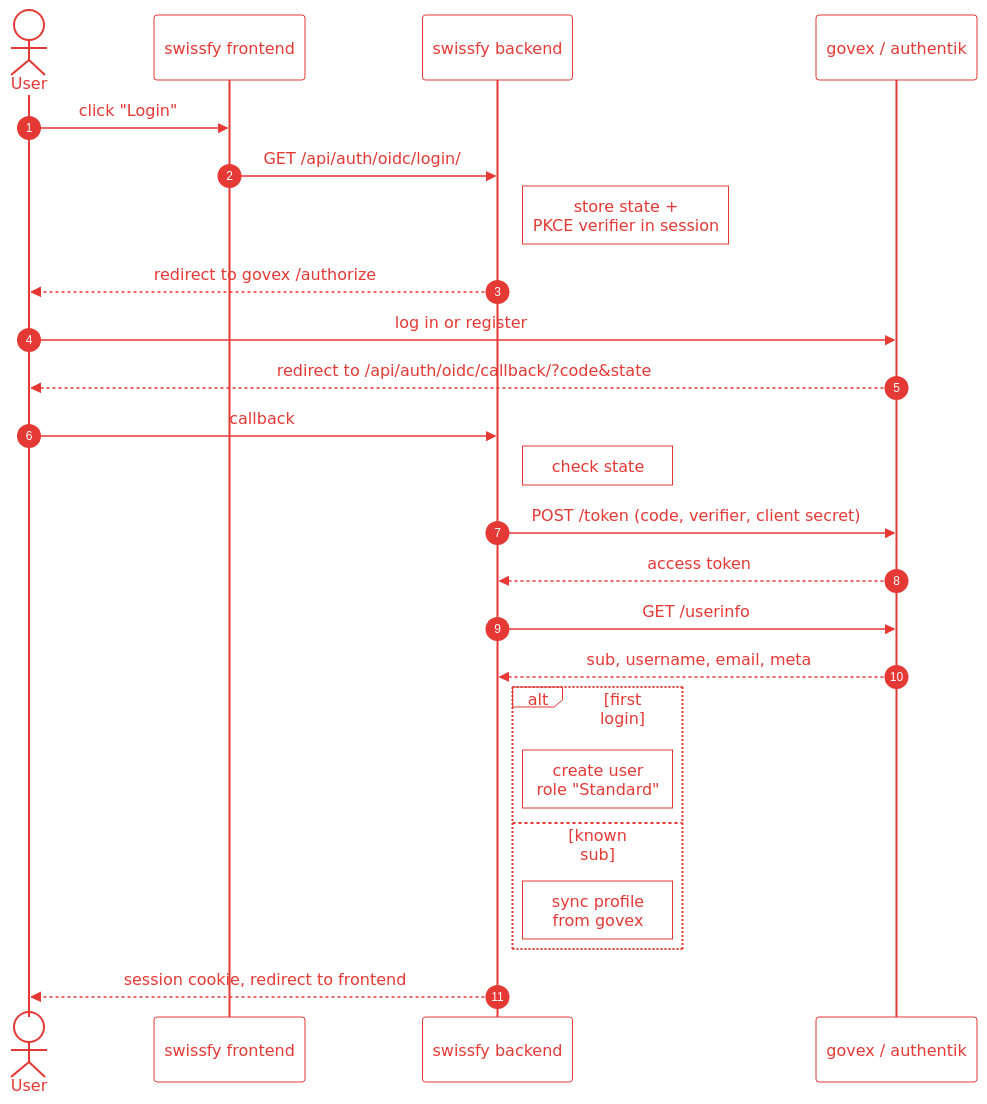
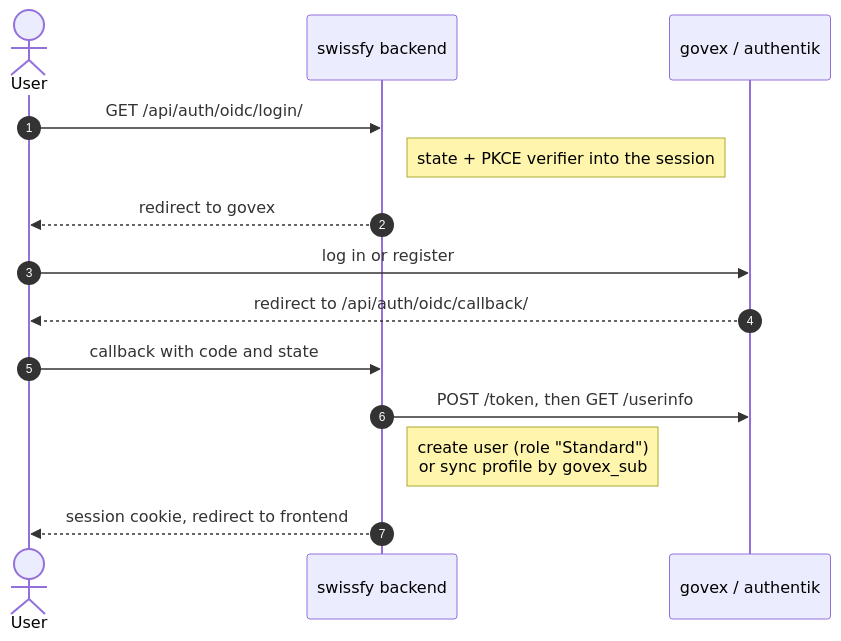
One commit to buechijonas/swissfy changed the second of 3 diagrams in README.md. Above: the diagram before and after it, drawn with Mermaid. The commit also changed other lines of this file, not shown here.

First line of the commit message:
docs: describe code culture and trim README

````diff
--- a/README.md
+++ b/README.md
@@ -229,28 +94,17 @@
 ```mermaid
-%%{init: {'theme': 'base', 'themeCSS': '.labelBkg, .edgeLabel, .edgeLabel p, .edgeLabel rect { background-color: transparent !important; fill: transparent !important; }', 'themeVariables': {'darkMode': false, 'background': 'transparent', 'primaryColor': 'transparent', 'secondaryColor': 'transparent', 'tertiaryColor': 'transparent', 'mainBkg': 'transparent', 'clusterBkg': 'transparent', 'actorBkg': 'transparent', 'noteBkgColor': 'transparent', 'labelBoxBkgColor': 'transparent', 'edgeLabelBackground': 'transparent', 'relationLabelBackground': 'transparent', 'attributeBackgroundColorOdd': 'transparent', 'attributeBackgroundColorEven': 'transparent', 'primaryBorderColor': '#e53935', 'secondaryBorderColor': '#e53935', 'tertiaryBorderColor': '#e53935', 'nodeBorder': '#e53935', 'clusterBorder': '#e53935', 'lineColor': '#e53935', 'signalColor': '#e53935', 'actorBorder': '#e53935', 'actorLineColor': '#e53935', 'labelBoxBorderColor': '#e53935', 'noteBorderColor': '#e53935', 'activationBorderColor': '#e53935', 'transitionColor': '#e53935', 'stateBorder': '#e53935', 'relationColor': '#e53935', 'textColor': '#e53935', 'primaryTextColor': '#e53935', 'secondaryTextColor': '#e53935', 'tertiaryTextColor': '#e53935', 'nodeTextColor': '#e53935', 'titleColor': '#e53935', 'signalTextColor': '#e53935', 'loopTextColor': '#e53935', 'labelTextColor': '#e53935', 'noteTextColor': '#e53935', 'actorTextColor': '#e53935', 'relationLabelColor': '#e53935', 'stateLabelColor': '#e53935', 'transitionLabelColor': '#e53935', 'sequenceNumberColor': '#ffffff'}}}%%
 sequenceDiagram
     autonumber
     actor U as User
-    participant F as swissfy frontend
     participant B as swissfy backend
     participant G as govex / authentik
 
-    U->>F: click "Login"
-    F->>B: GET /api/auth/oidc/login/
-    Note right of B: store state +<br/>PKCE verifier in session
-    B-->>U: redirect to govex /authorize
+    U->>B: GET /api/auth/oidc/login/
+    Note right of B: state + PKCE verifier into the session
+    B-->>U: redirect to govex
     U->>G: log in or register
-    G-->>U: redirect to /api/auth/oidc/callback/?code&state
-    U->>B: callback
-    Note right of B: check state
-    B->>G: POST /token (code, verifier, client secret)
-    G-->>B: access token
-    B->>G: GET /userinfo
-    G-->>B: sub, username, email, meta
-    alt first login
-        Note right of B: create user<br/>role "Standard"
-    else known sub
-        Note right of B: sync profile<br/>from govex
-    end
+    G-->>U: redirect to /api/auth/oidc/callback/
+    U->>B: callback with code and state
+    B->>G: POST /token, then GET /userinfo
+    Note right of B: create user (role "Standard")<br/>or sync profile by govex_sub
     B-->>U: session cookie, redirect to frontend
 ```
````
